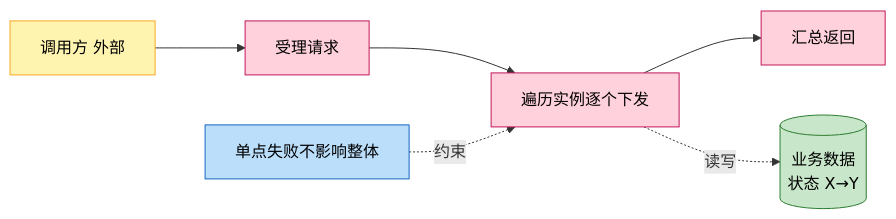
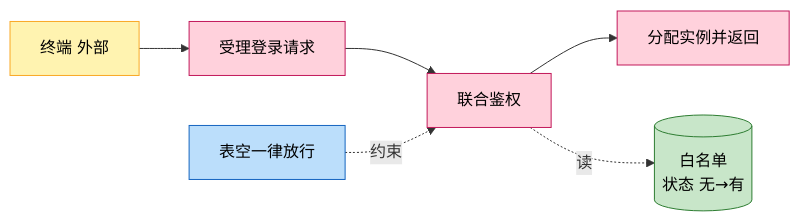
One commit to CoreGeekASTL/specgo changed the first of 3 diagrams in skills/spec-story-design/references/story-template.md. Above: the diagram before and after it, drawn with Mermaid. The commit also changed other lines of this file and 47 other files, not shown here.

````diff
--- a/skills/spec-story-design/references/story-template.md
+++ b/skills/spec-story-design/references/story-template.md
@@ -13,18 +12,18 @@
 ```mermaid
 flowchart LR
   classDef mi fill:#ffd1dc,stroke:#c2185b,color:#000
   classDef role fill:#fff3b0,stroke:#f9a825,color:#000
   classDef ppt fill:#c8e6c9,stroke:#2e7d32,color:#000
   classDef desc fill:#bbdefb,stroke:#1565c0,color:#000
 
-  Caller[调用方 外部]:::role
-  E1[受理请求]:::mi
-  E2[遍历实例逐个下发]:::mi
-  E3[汇总返回]:::mi
-  Data[(业务数据<br/>状态 X→Y)]:::ppt
-  R1[单点失败不影响整体]:::desc
+  Caller["终端 外部"]:::role
+  E1["受理登录请求"]:::mi
+  E2["联合鉴权"]:::mi
+  E3["分配实例并返回"]:::mi
+  Data[("白名单<br/>状态 无→有")]:::ppt
+  R1["表空一律放行"]:::desc
 
   Caller --> E1 --> E2 --> E3
-  E2 -.读写.-> Data
+  E2 -.读.-> Data
   R1 -.约束.-> E2
 ```
````
